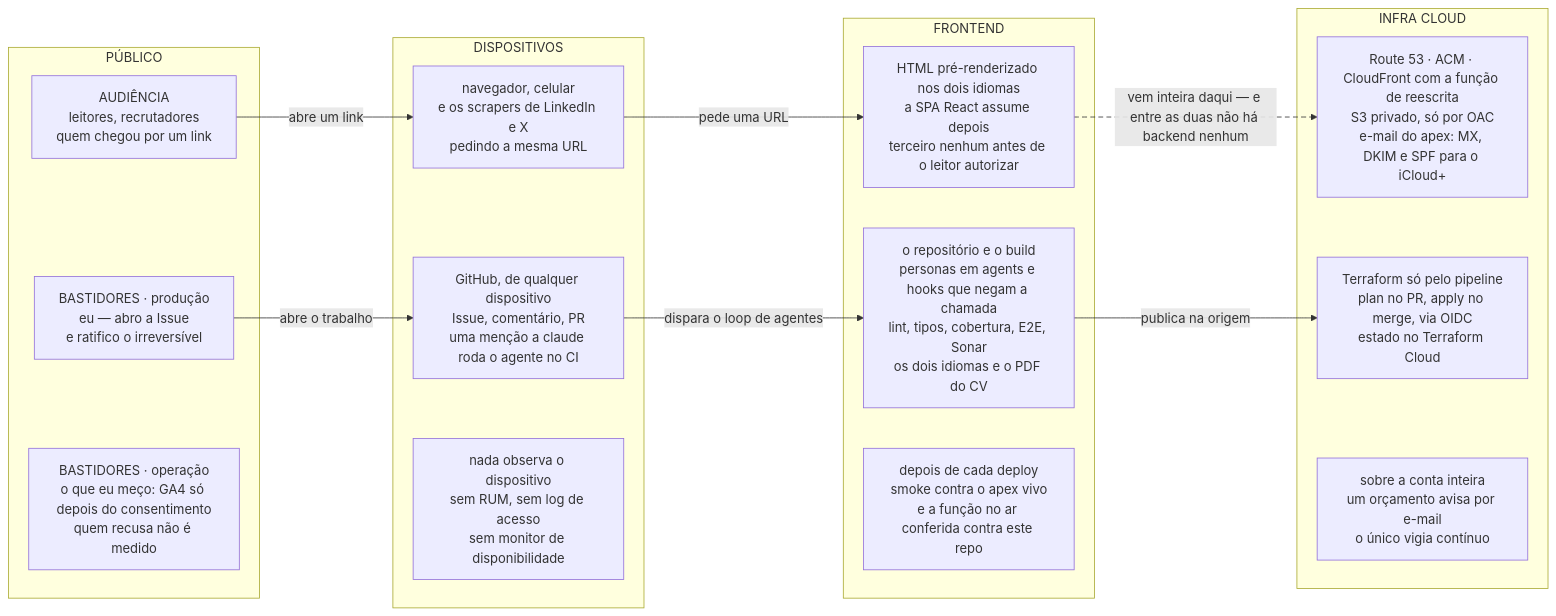
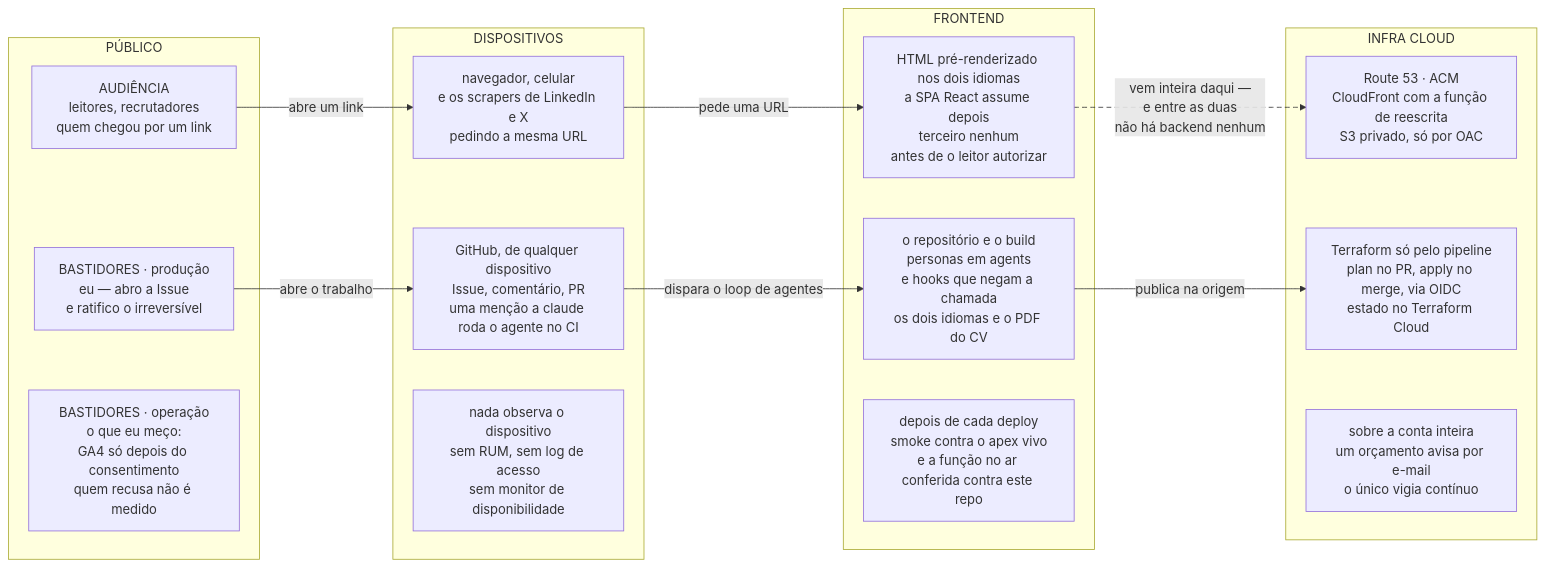
Before and after one commit to tedeuxx/tadeumendonca-io: the first of 3 diagrams in apps/fed/src/content/architecture.pt.md, drawn with Mermaid. The commit also changed other lines of this file and 2 other files, not shown here.

````diff
--- a/apps/fed/src/content/architecture.pt.md
+++ b/apps/fed/src/content/architecture.pt.md
@@ -68,35 +68,35 @@
 ```mermaid
 flowchart LR
   accTitle: As raias e os tiers — o que o leitor encontra, e o que mantém isso de pé
-  accDescr: Uma grade que se lê da esquerda para a direita, com quatro colunas — público, dispositivos, frontend e infra cloud — e três raias empilhadas dentro delas. A raia de cima é a audiência, o que o leitor encontra no site: o público chega por um link, o dispositivo pede uma URL, e o que volta é HTML pré-renderizado nos dois idiomas, com a SPA React assumindo depois e nenhum terceiro carregado antes de o leitor autorizar — GA4 só com consentimento, YouTube só no clique. Essa página vem inteira da coluna de infra cloud: Route 53, ACM, CloudFront com a função de reescrita, um bucket S3 privado que só responde àquela distribuição, e os registros de e-mail do apex. Entre o frontend e a infra não existe coluna de backend, e essa ausência é a afirmação do desenho: não há tier de aplicação, porque o requisito nunca pediu um, e nada meu roda a cada requisição. As duas raias de baixo são os bastidores, o que ninguém vê e que mantém a operação de pé. A raia de produção: eu abro a Issue e ratifico o irreversível; o GitHub é o console, de qualquer dispositivo, e uma menção a claude dispara o agente dentro do CI sem nenhuma máquina minha ligada; o repositório e o build carregam as personas, os hooks que negam a chamada e os gates, e produzem os dois idiomas e o PDF do CV; o Terraform aplica a infraestrutura só pelo pipeline, com estado no Terraform Cloud. A raia de operação é a mais fina, e é fina por constatação e não por desenho: o que eu meço é GA4 depois do consentimento, então quem recusa não entra na conta; nada observa o dispositivo do leitor, sem RUM, sem log de acesso e sem monitor de disponibilidade; depois de cada deploy um smoke roda contra o apex vivo e confere que a função publicada é a deste repositório; e sobre a conta inteira há um orçamento que avisa por e-mail, que é o único vigia contínuo que existe.
+  accDescr: Uma grade que se lê da esquerda para a direita, com quatro colunas — público, dispositivos, frontend e infra cloud — e três raias empilhadas dentro delas. A raia de cima é a audiência, o que o leitor encontra no site: o público chega por um link, o dispositivo pede uma URL, e o que volta é HTML pré-renderizado nos dois idiomas, com a SPA React assumindo depois e nenhum terceiro carregado antes de o leitor autorizar — GA4 só com consentimento, YouTube só no clique. Essa página vem inteira da coluna de infra cloud: Route 53, ACM, CloudFront com a função de reescrita, e um bucket S3 privado que só responde àquela distribuição. Entre o frontend e a infra não existe coluna de backend, e essa ausência é a afirmação do desenho: não há tier de aplicação, porque o requisito nunca pediu um, e nada meu roda a cada requisição. As duas raias de baixo são os bastidores, o que ninguém vê e que mantém a operação de pé. A raia de produção: eu abro a Issue e ratifico o irreversível; o GitHub é o console, de qualquer dispositivo, e uma menção a claude dispara o agente dentro do CI sem nenhuma máquina minha ligada; o repositório e o build carregam as personas e os hooks que negam a chamada, e produzem os dois idiomas e o PDF do CV; o Terraform aplica a infraestrutura só pelo pipeline, com estado no Terraform Cloud. A raia de operação é a mais fina, e é fina por constatação e não por desenho: o que eu meço é GA4 depois do consentimento, então quem recusa não entra na conta; nada observa o dispositivo do leitor, sem RUM, sem log de acesso e sem monitor de disponibilidade; depois de cada deploy um smoke roda contra o apex vivo e confere que a função publicada é a deste repositório; e sobre a conta inteira há um orçamento que avisa por e-mail, que é o único vigia contínuo que existe.
   subgraph T1["PÚBLICO"]
     A1["AUDIÊNCIA<br/>leitores, recrutadores<br/>quem chegou por um link"]
     B1["BASTIDORES · produção<br/>eu — abro a Issue<br/>e ratifico o irreversível"]
-    C1["BASTIDORES · operação<br/>o que eu meço: GA4 só depois do consentimento<br/>quem recusa não é medido"]
+    C1["BASTIDORES · operação<br/>o que eu meço:<br/>GA4 só depois do consentimento<br/>quem recusa não é medido"]
   end
   subgraph T2["DISPOSITIVOS"]
     A2["navegador, celular<br/>e os scrapers de LinkedIn e X<br/>pedindo a mesma URL"]
     B2["GitHub, de qualquer dispositivo<br/>Issue, comentário, PR<br/>uma menção a claude roda o agente no CI"]
     C2["nada observa o dispositivo<br/>sem RUM, sem log de acesso<br/>sem monitor de disponibilidade"]
   end
   subgraph T3["FRONTEND"]
-    A3["HTML pré-renderizado nos dois idiomas<br/>a SPA React assume depois<br/>terceiro nenhum antes de o leitor autorizar"]
-    B3["o repositório e o build<br/>personas em agents e hooks que negam a chamada<br/>lint, tipos, cobertura, E2E, Sonar<br/>os dois idiomas e o PDF do CV"]
+    A3["HTML pré-renderizado nos dois idiomas<br/>a SPA React assume depois<br/>terceiro nenhum<br/>antes de o leitor autorizar"]
+    B3["o repositório e o build<br/>personas em agents<br/>e hooks que negam a chamada<br/>os dois idiomas e o PDF do CV"]
     C3["depois de cada deploy<br/>smoke contra o apex vivo<br/>e a função no ar conferida contra este repo"]
   end
   subgraph T4["INFRA CLOUD"]
-    A4["Route 53 · ACM · CloudFront com a função de reescrita<br/>S3 privado, só por OAC<br/>e-mail do apex: MX, DKIM e SPF para o iCloud+"]
+    A4["Route 53 · ACM<br/>CloudFront com a função de reescrita<br/>S3 privado, só por OAC"]
     B4["Terraform só pelo pipeline<br/>plan no PR, apply no merge, via OIDC<br/>estado no Terraform Cloud"]
     C4["sobre a conta inteira<br/>um orçamento avisa por e-mail<br/>o único vigia contínuo"]
   end
   A1 -- "abre um link" --> A2
   A2 -- "pede uma URL" --> A3
-  A3 -- "vem inteira daqui — e entre as duas não há backend nenhum" --> A4
+  A3 -- "vem inteira daqui —<br/>e entre as duas<br/>não há backend nenhum" --> A4
   B1 -- "abre o trabalho" --> B2
   B2 -- "dispara o loop de agentes" --> B3
   B3 -- "publica na origem" --> B4
   C1 ~~~ C2
   C2 ~~~ C3
   C3 ~~~ C4
   linkStyle 2 stroke-dasharray:6 4
 ```
````
